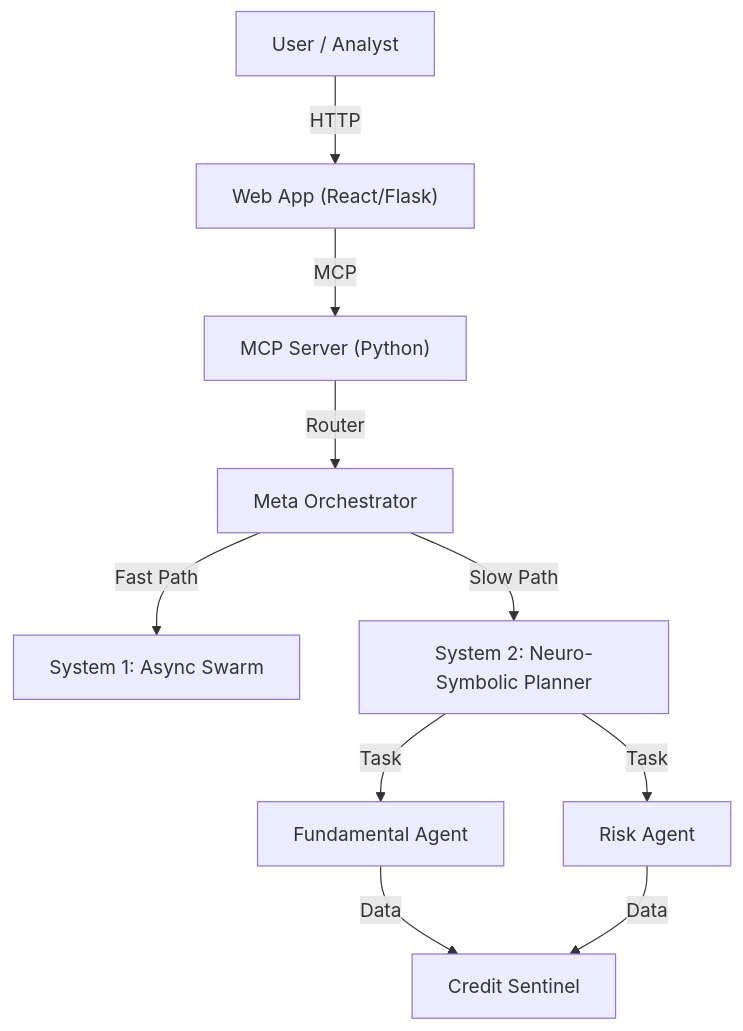
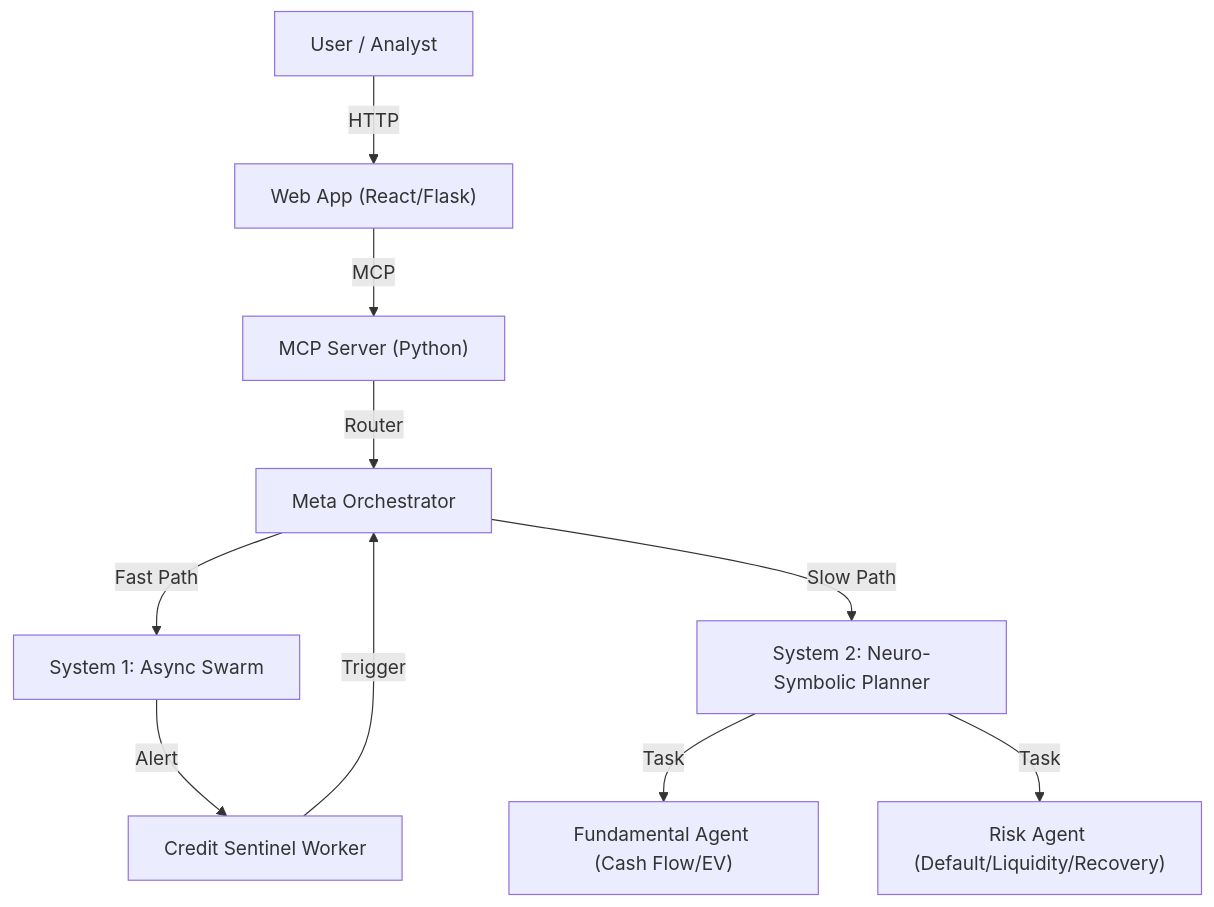
The diagram in README.md (adamvangrover/adam), drawn with Mermaid before and after one commit. The commit also changed other lines of this file and 11 other files, not shown here.

First line of the commit message:
Refactor architecture for Institutional Leveraged Finance focus

````diff
--- a/README.md
+++ b/README.md
@@ -42,12 +44,12 @@
 ```mermaid
 graph TD
     UserNode["User / Analyst"] -->|HTTP| WebApp["Web App (React/Flask)"]
     WebApp -->|MCP| MCPServer["MCP Server (Python)"]
     MCPServer -->|Router| MetaOrchestrator["Meta Orchestrator"]
     MetaOrchestrator -->|Fast Path| NeuralSwarm["System 1: Async Swarm"]
     MetaOrchestrator -->|Slow Path| NeuroPlanner["System 2: Neuro-Symbolic Planner"]
-    NeuroPlanner -->|Task| FundAgent["Fundamental Agent"]
-    NeuroPlanner -->|Task| RiskAgent["Risk Agent"]
-    FundAgent -->|Data| CredSentinel["Credit Sentinel"]
-    RiskAgent -->|Data| CredSentinel
+    NeuroPlanner -->|Task| FundAgent["Fundamental Agent (Cash Flow/EV)"]
+    NeuroPlanner -->|Task| RiskAgent["Risk Agent (Default/Liquidity/Recovery)"]
+    NeuralSwarm -->|Alert| CredSentinel["Credit Sentinel Worker"]
+    CredSentinel -->|Trigger| MetaOrchestrator
 ```
````
